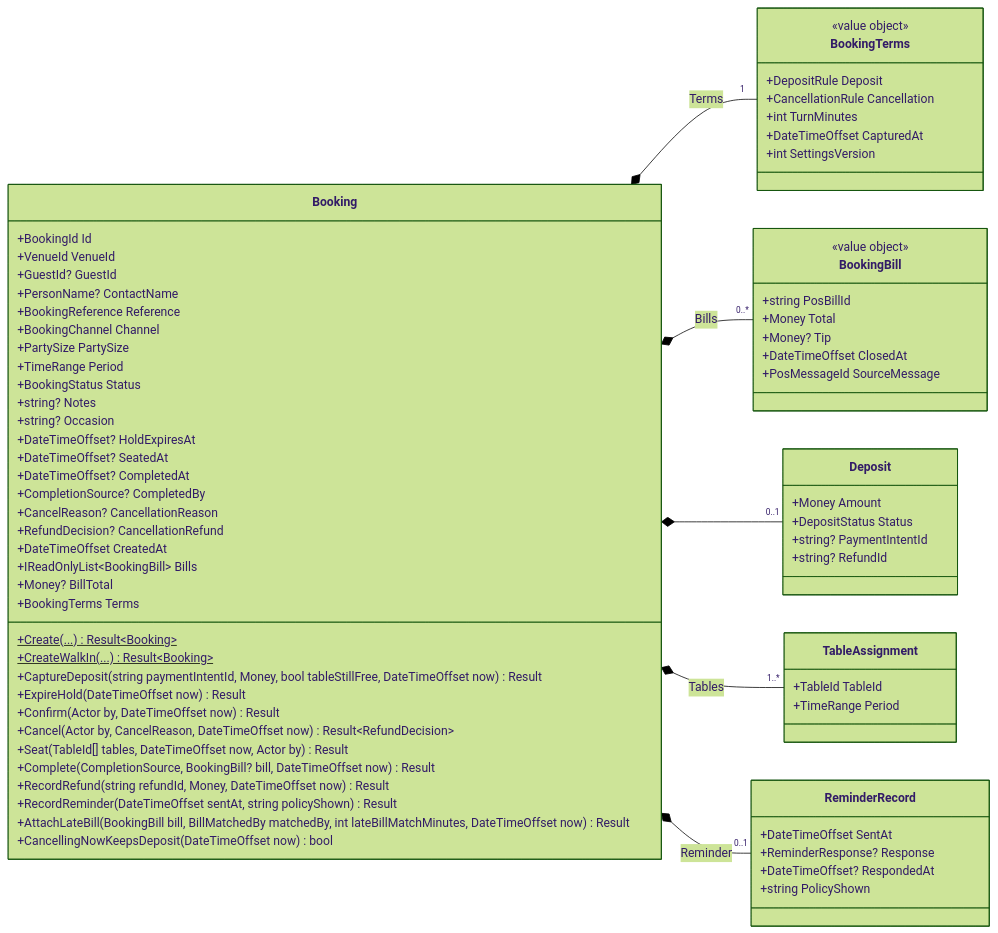
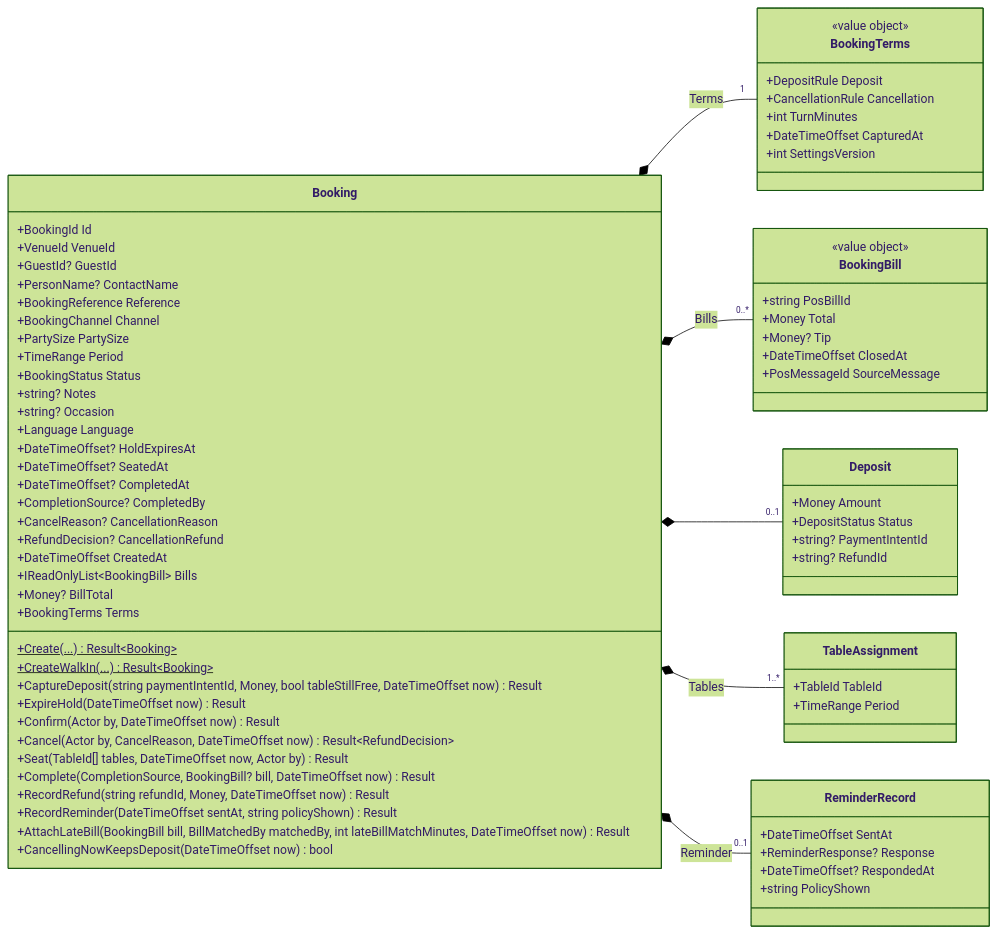
Before and after one commit to ring9834/TableReservation: the third of 28 diagrams in docs/Design.md, drawn with Mermaid (forest theme). The commit also changed other lines of this file and 59 other files, not shown here.

````diff
--- a/docs/Design.md
+++ b/docs/Design.md
@@ -222,76 +223,77 @@
 ```mermaid
 classDiagram
     direction LR
     class Booking {
         +BookingId Id
         +VenueId VenueId
         +GuestId? GuestId
         +PersonName? ContactName
         +BookingReference Reference
         +BookingChannel Channel
         +PartySize PartySize
         +TimeRange Period
         +BookingStatus Status
         +string? Notes
         +string? Occasion
+        +Language Language
         +DateTimeOffset? HoldExpiresAt
         +DateTimeOffset? SeatedAt
         +DateTimeOffset? CompletedAt
         +CompletionSource? CompletedBy
         +CancelReason? CancellationReason
         +RefundDecision? CancellationRefund
         +DateTimeOffset CreatedAt
         +IReadOnlyList~BookingBill~ Bills
         +Money? BillTotal
         +BookingTerms Terms
         +Create(...)$ Result~Booking~
         +CreateWalkIn(...)$ Result~Booking~
         +CaptureDeposit(string paymentIntentId, Money, bool tableStillFree, DateTimeOffset now) Result
         +ExpireHold(DateTimeOffset now) Result
         +Confirm(Actor by, DateTimeOffset now) Result
         +Cancel(Actor by, CancelReason, DateTimeOffset now) Result~RefundDecision~
         +Seat(TableId[] tables, DateTimeOffset now, Actor by) Result
         +Complete(CompletionSource, BookingBill? bill, DateTimeOffset now) Result
         +RecordRefund(string refundId, Money, DateTimeOffset now) Result
         +RecordReminder(DateTimeOffset sentAt, string policyShown) Result
         +AttachLateBill(BookingBill bill, BillMatchedBy matchedBy, int lateBillMatchMinutes, DateTimeOffset now) Result
         +CancellingNowKeepsDeposit(DateTimeOffset now) bool
     }
     class Deposit {
         +Money Amount
         +DepositStatus Status
         +string? PaymentIntentId
         +string? RefundId
     }
     class TableAssignment {
         +TableId TableId
         +TimeRange Period
     }
     class ReminderRecord {
         +DateTimeOffset SentAt
         +ReminderResponse? Response
         +DateTimeOffset? RespondedAt
         +string PolicyShown
     }
     class BookingTerms {
         <<value object>>
         +DepositRule Deposit
         +CancellationRule Cancellation
         +int TurnMinutes
         +DateTimeOffset CapturedAt
         +int SettingsVersion
     }
     Booking *-- "1" BookingTerms : Terms
     class BookingBill {
         <<value object>>
         +string PosBillId
         +Money Total
         +Money? Tip
         +DateTimeOffset ClosedAt
         +PosMessageId SourceMessage
     }
     Booking *-- "0..*" BookingBill : Bills
     Booking *-- "0..1" Deposit
     Booking *-- "1..*" TableAssignment : Tables
     Booking *-- "0..1" ReminderRecord : Reminder
 ```
````
